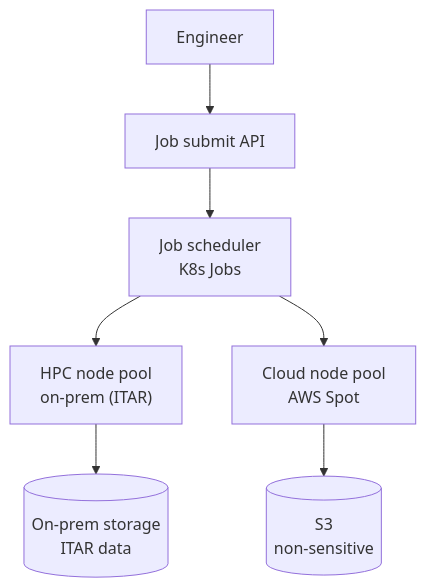
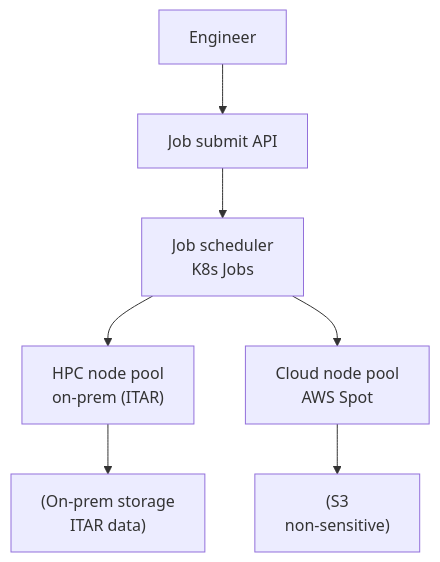
Before and after one commit to WhoisMonesh/K8S-Everything: the diagram in 17-company-cases/boeing.md, drawn with Mermaid. The commit also changed 62 other files, not shown here.

First line of the commit message:
Fix all Mermaid diagrams for GitHub compatibility

````diff
--- a/17-company-cases/boeing.md
+++ b/17-company-cases/boeing.md
@@ -24,9 +24,9 @@
 ```mermaid
 graph TD
     Engineer --> Submit[Job submit API]
     Submit --> Queue[Job scheduler<br/>K8s Jobs]
     Queue --> HPC["HPC node pool<br/>on-prem (ITAR)"]
     Queue --> Cloud[Cloud node pool<br/>AWS Spot]
-    HPC --> Store[(On-prem storage<br/>ITAR data)]
-    Cloud --> S3[(S3<br/>non-sensitive)]
+    HPC --> Store["(On-prem storage<br/>ITAR data)"]
+    Cloud --> S3["(S3<br/>non-sensitive)"]
 ```
````
